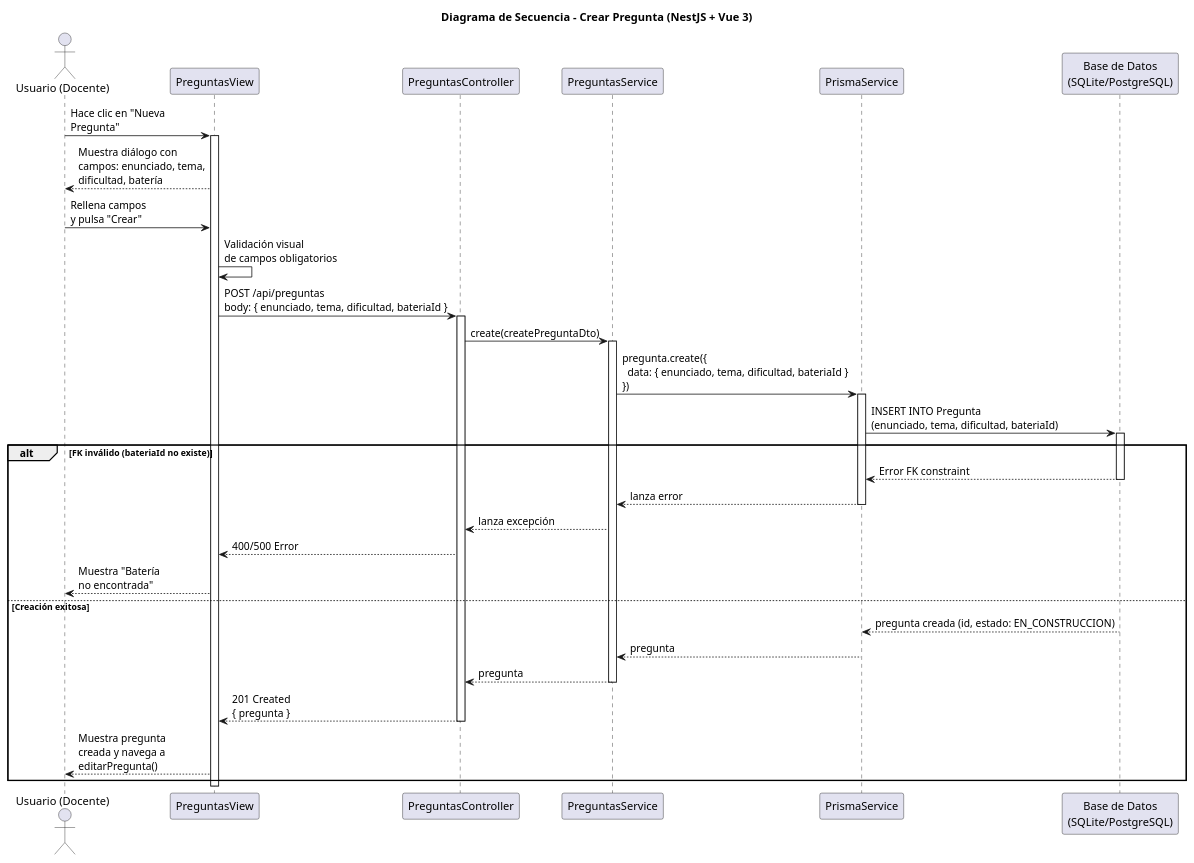
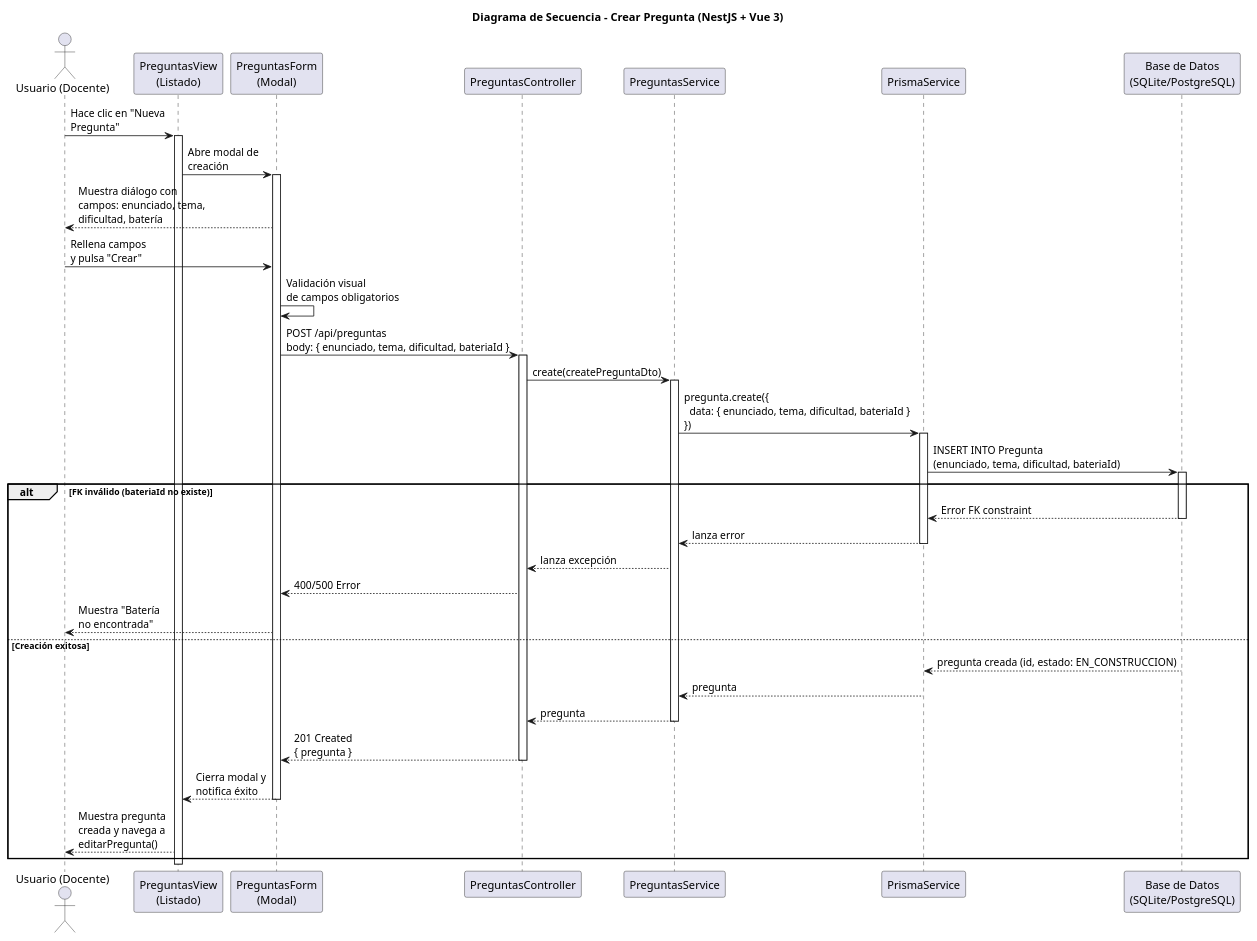
One commit to marcosgutierrez6/25-26-idsw2-sdVC changed the diagram in documents/diseño/crearPregunta/README.md. Above: the diagram before and after it, drawn with PlantUML. The commit also changed other lines of this file and 40 other files, not shown here.

Commit message:
fix: Corrección en los diagramas de diseño separación entre vistas y formularios

````diff
--- a/documents/diseño/crearPregunta/README.md
+++ b/documents/diseño/crearPregunta/README.md
@@ -30,55 +30,61 @@
 ```plantuml
 @startuml
 title Diagrama de Secuencia - Crear Pregunta (NestJS + Vue 3)
 
 actor "Usuario (Docente)" as User
-participant "PreguntasView" as FE
+participant "PreguntasView\n(Listado)" as List
+participant "PreguntasForm\n(Modal)" as Form
 participant "PreguntasController" as Controller
 participant "PreguntasService" as Service
 participant "PrismaService" as Prisma
 participant "Base de Datos\n(SQLite/PostgreSQL)" as DB
 
-User -> FE: Hace clic en "Nueva\nPregunta"
-activate FE
+User -> List: Hace clic en "Nueva\nPregunta"
+activate List
 
-FE --> User: Muestra diálogo con\ncampos: enunciado, tema,\ndificultad, batería
+List -> Form: Abre modal de\ncreación
+activate Form
+Form --> User: Muestra diálogo con\ncampos: enunciado, tema,\ndificultad, batería
 
-User -> FE: Rellena campos\ny pulsa "Crear"
-FE -> FE: Validación visual\nde campos obligatorios
+User -> Form: Rellena campos\ny pulsa "Crear"
+Form -> Form: Validación visual\nde campos obligatorios
 
-FE -> Controller: POST /api/preguntas\nbody: { enunciado, tema, dificultad, bateriaId }
+Form -> Controller: POST /api/preguntas\nbody: { enunciado, tema, dificultad, bateriaId }
 activate Controller
 
 Controller -> Service: create(createPreguntaDto)
 activate Service
 
 Service -> Prisma: pregunta.create({\n  data: { enunciado, tema, dificultad, bateriaId }\n})
 activate Prisma
 Prisma -> DB: INSERT INTO Pregunta\n(enunciado, tema, dificultad, bateriaId)
 activate DB
 
 alt FK inválido (bateriaId no existe)
   DB --> Prisma: Error FK constraint
   deactivate DB
   Prisma --> Service: lanza error
   deactivate Prisma
   Service --> Controller: lanza excepción
-  Controller --> FE: 400/500 Error
-  FE --> User: Muestra "Batería\nno encontrada"
+  Controller --> Form: 400/500 Error
+  Form --> User: Muestra "Batería\nno encontrada"
 else Creación exitosa
   DB --> Prisma: pregunta creada (id, estado: EN_CONSTRUCCION)
   deactivate DB
   Prisma --> Service: pregunta
   deactivate Prisma
 
   Service --> Controller: pregunta
   deactivate Service
-  Controller --> FE: 201 Created\n{ pregunta }
+  Controller --> Form: 201 Created\n{ pregunta }
   deactivate Controller
-  FE --> User: Muestra pregunta\ncreada y navega a\neditarPregunta()
+
+  Form --> List: Cierra modal y\nnotifica éxito
+  deactivate Form
+  List --> User: Muestra pregunta\ncreada y navega a\neditarPregunta()
 end
 
-deactivate FE
+deactivate List
 
 @enduml
 ```
````
